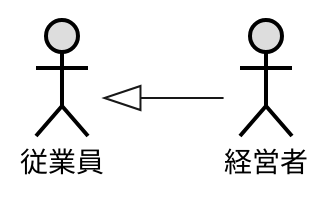
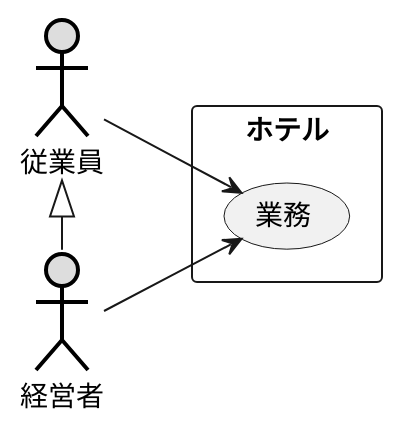
The diagram in 演習2-2_ホテル従業員.pu (Tackey-11/uml-intro), drawn with PlantUML before and after one commit.

Commit message:
演習2-2

```diff
--- a/演習2-2_ホテル従業員.pu
+++ b/演習2-2_ホテル従業員.pu
@@ -1,8 +1,15 @@
 @startuml ユースケース図
 left to right direction
 
 actor 従業員#DDDDDD;line:black;line.bold;
 actor 経営者#DDDDDD;line:black;line.bold;
 
-従業員<|-- 経営者
+rectangle ホテル {
+usecase 業務
+}
+
+従業員 --> 業務
+経営者 --> 業務
+
+従業員<|- 経営者
 @enduml
```
